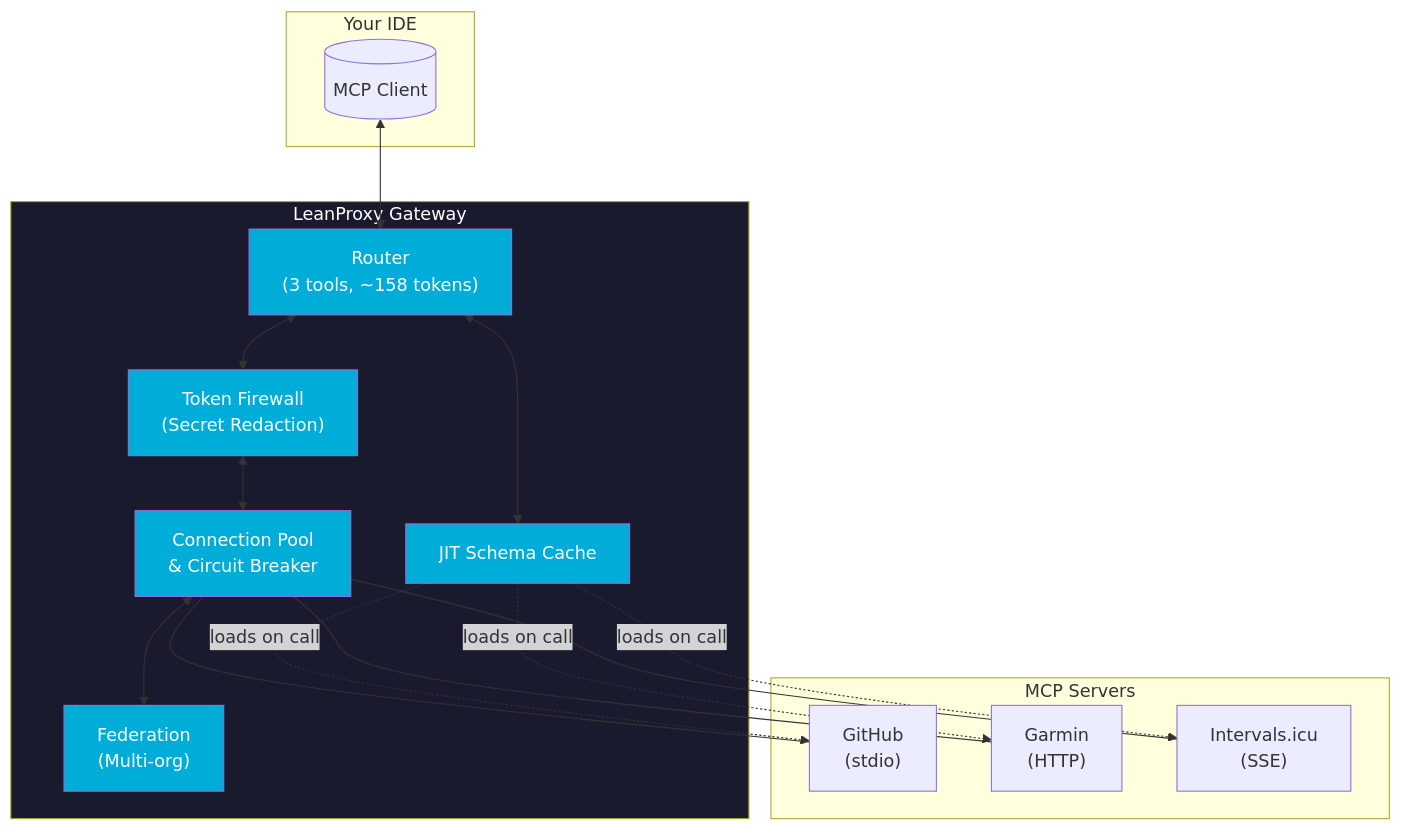
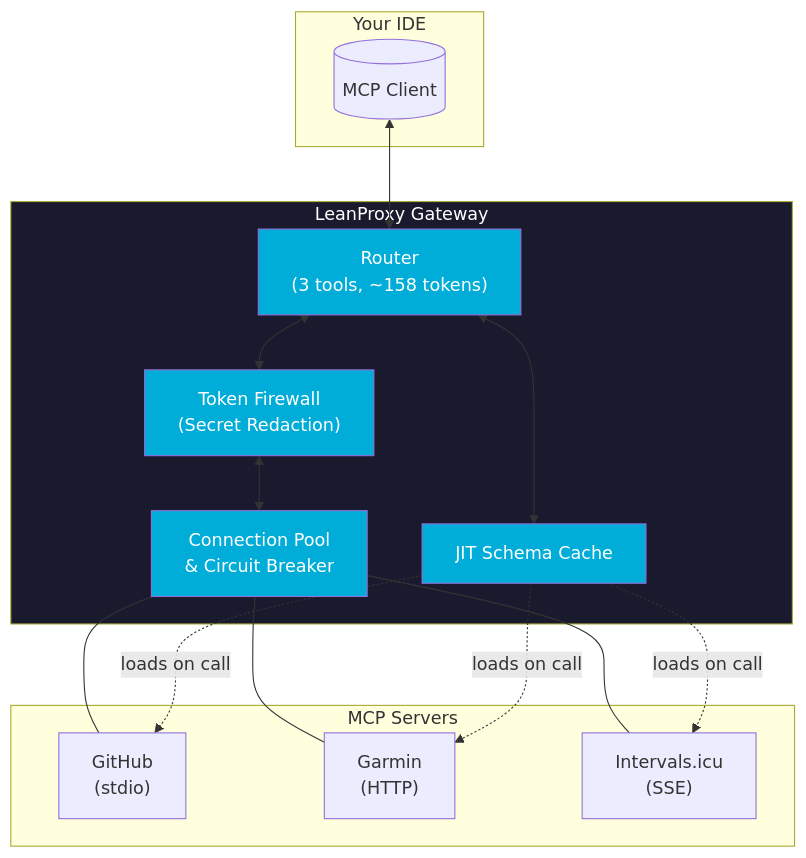
One commit to mmornati/leanproxy-mcp changed the third of 3 diagrams in README.md. Above: the diagram before and after it, drawn with Mermaid. The commit also changed other lines of this file and 12 other files, not shown here.

````diff
--- a/README.md
+++ b/README.md
@@ -213,41 +212,38 @@
 ```mermaid
 flowchart TB
     subgraph IDE["Your IDE"]
         Client[(MCP Client)]
     end
 
     subgraph Gateway["LeanProxy Gateway"]
         Router["Router<br/>(3 tools, ~158 tokens)"]
         JIT["JIT Schema Cache"]
         Firewall["Token Firewall<br/>(Secret Redaction)"]
         Pool["Connection Pool<br/>& Circuit Breaker"]
-        Federation["Federation<br/>(Multi-org)"]
     end
 
     subgraph Servers["MCP Servers"]
         GH["GitHub<br/>(stdio)"]
         Garmin["Garmin<br/>(HTTP)"]
         Intervals["Intervals.icu<br/>(SSE)"]
     end
 
     Client <--> Router
     Router <--> JIT
     Router <--> Firewall
     Firewall <--> Pool
-    Pool <--> Federation
 
     Pool --- GH
     Pool --- Garmin
     Pool --- Intervals
 
     JIT -.->|"loads on call"| GH
     JIT -.->|"loads on call"| Garmin
     JIT -.->|"loads on call"| Intervals
 
     style Gateway fill:#1a1a2e,color:#fff
     style Router fill:#00ADD8,color:#fff
     style JIT fill:#00ADD8,color:#fff
     style Firewall fill:#00ADD8,color:#fff
     style Pool fill:#00ADD8,color:#fff
-    style Federation fill:#00ADD8,color:#fff
 ```
````
